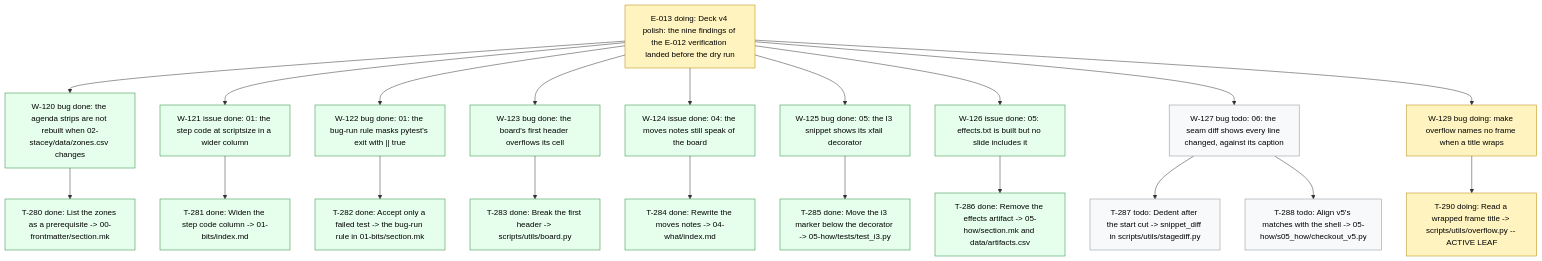
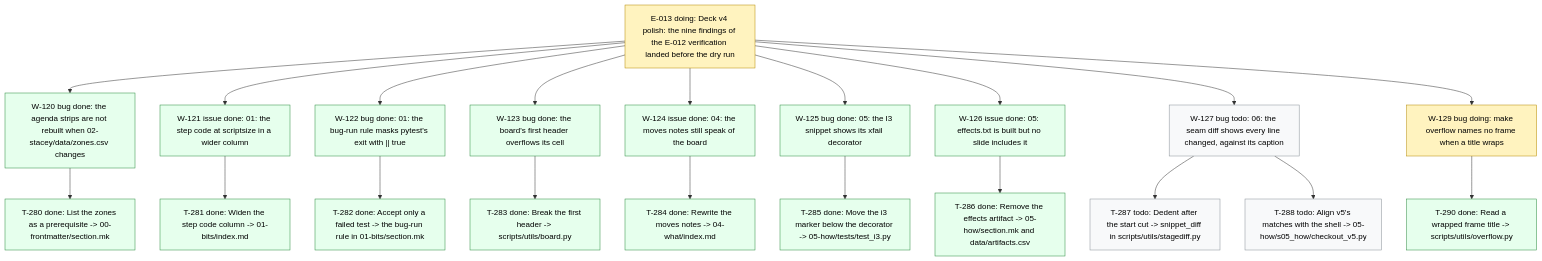
The diagram in .board/BOARD.md (dpopchev/chaos-to-simple), drawn with Mermaid before and after one commit. The commit also changed other lines of this file and 2 other files, not shown here.

Commit message:
chore(board): close T-290 -- W-129 ready to land
Refs: W-129 T-290

````diff
--- a/.board/BOARD.md
+++ b/.board/BOARD.md
@@ -729,31 +729,31 @@
 ```mermaid
 flowchart TD
   E013["E-013 doing: Deck v4 polish: the nine findings of the E-012 verification landed before the dry run"]
   E013 --> W120["W-120 bug done: the agenda strips are not rebuilt when 02-stacey/data/zones.csv changes"]
   W120 --> T280["T-280 done: List the zones as a prerequisite -> 00-frontmatter/section.mk"]
   E013 --> W121["W-121 issue done: 01: the step code at scriptsize in a wider column"]
   W121 --> T281["T-281 done: Widen the step code column -> 01-bits/index.md"]
   E013 --> W122["W-122 bug done: 01: the bug-run rule masks pytest's exit with || true"]
   W122 --> T282["T-282 done: Accept only a failed test -> the bug-run rule in 01-bits/section.mk"]
   E013 --> W123["W-123 bug done: the board's first header overflows its cell"]
   W123 --> T283["T-283 done: Break the first header -> scripts/utils/board.py"]
   E013 --> W124["W-124 issue done: 04: the moves notes still speak of the board"]
   W124 --> T284["T-284 done: Rewrite the moves notes -> 04-what/index.md"]
   E013 --> W125["W-125 bug done: 05: the I3 snippet shows its xfail decorator"]
   W125 --> T285["T-285 done: Move the i3 marker below the decorator -> 05-how/tests/test_i3.py"]
   E013 --> W126["W-126 issue done: 05: effects.txt is built but no slide includes it"]
   W126 --> T286["T-286 done: Remove the effects artifact -> 05-how/section.mk and data/artifacts.csv"]
   E013 --> W127["W-127 bug todo: 06: the seam diff shows every line changed, against its caption"]
   W127 --> T287["T-287 todo: Dedent after the start cut -> snippet_diff in scripts/utils/stagediff.py"]
   W127 --> T288["T-288 todo: Align v5's matches with the shell -> 05-how/s05_how/checkout_v5.py"]
   E013 --> W129["W-129 bug doing: make overflow names no frame when a title wraps"]
-  W129 --> T290["T-290 doing: Read a wrapped frame title -> scripts/utils/overflow.py -- ACTIVE LEAF"]
+  W129 --> T290["T-290 done: Read a wrapped frame title -> scripts/utils/overflow.py"]
   classDef doing fill:#fff3bf,stroke:#b58900,color:#000;
   classDef blocked fill:#ffe3e3,stroke:#c92a2a,color:#000;
   classDef done fill:#e6ffed,stroke:#2b8a3e,color:#000;
   classDef todo fill:#f8f9fa,stroke:#868e96,color:#000;
   classDef pruned fill:#f1f3f5,stroke:#adb5bd,color:#000;
-  class E013,W129,T290 doing
-  class W120,T280,W121,T281,W122,T282,W123,T283,W124,T284,W125,T285,W126,T286 done
+  class E013,W129 doing
+  class W120,T280,W121,T281,W122,T282,W123,T283,W124,T284,W125,T285,W126,T286,T290 done
   class W127,T287,T288 todo
 ```
````
